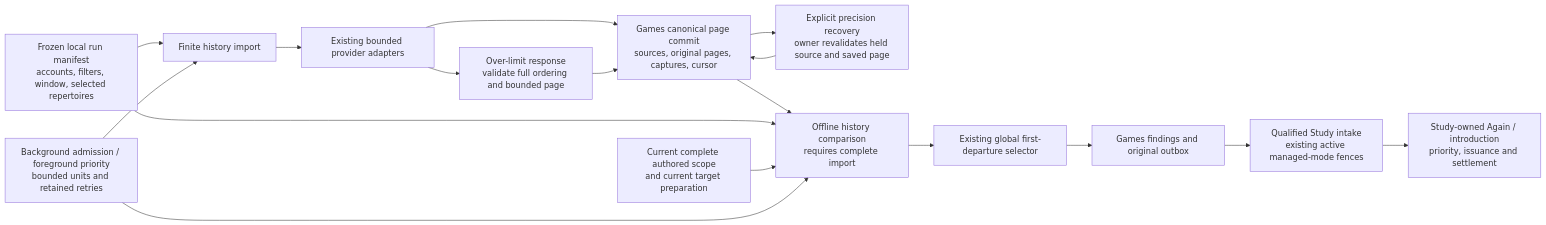
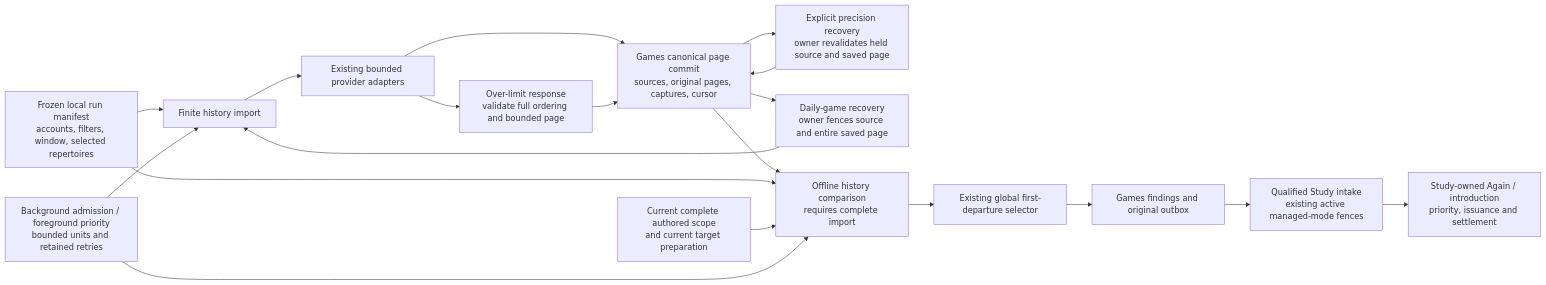
The first of 8 diagrams in backend/app/product_composition/README.md (aaweaver-actuary/tempo), drawn with Mermaid before and after one commit. The commit also changed other lines of this file and 9 other files, not shown here.

````diff
--- a/backend/app/product_composition/README.md
+++ b/backend/app/product_composition/README.md
@@ -11,19 +11,21 @@
 ```mermaid
 flowchart LR
   Manifest["Frozen local run manifest<br/>accounts, filters, window, selected repertoires"] --> Import["Finite history import"]
   Import --> Providers["Existing bounded provider adapters"]
   Providers --> Commit["Games canonical page commit<br/>sources, original pages, captures, cursor"]
   Providers --> Oversized["Over-limit response<br/>validate full ordering and bounded page"]
   Oversized --> Commit
   Commit --> Recovery["Explicit precision recovery<br/>owner revalidates held source and saved page"]
+  Commit --> DailyRecovery["Daily-game recovery<br/>owner fences source and entire saved page"]
+  DailyRecovery --> Import
   Recovery --> Commit
   Commit --> Replay["Offline history comparison<br/>requires complete import"]
   Manifest --> Replay
   Scope["Current complete authored scope<br/>and current target preparation"] --> Replay
   Replay --> Selector["Existing global first-departure selector"]
   Selector --> Facts["Games findings and original outbox"]
   Facts --> Intake["Qualified Study intake<br/>existing active managed-mode fences"]
   Intake --> Study["Study-owned Again / introduction<br/>priority, issuance and settlement"]
   Gate["Background admission / foreground priority<br/>bounded units and retained retries"] --> Import
   Gate --> Replay
 ```
````
